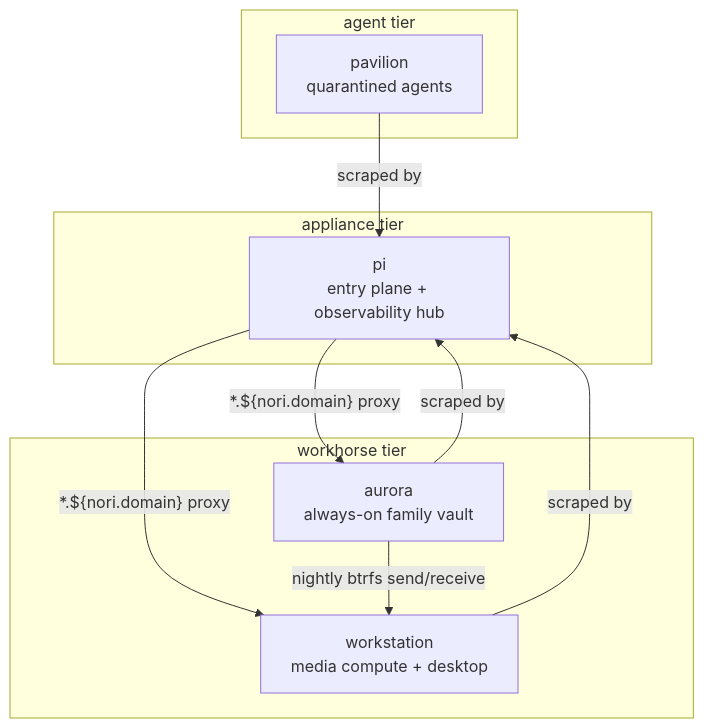
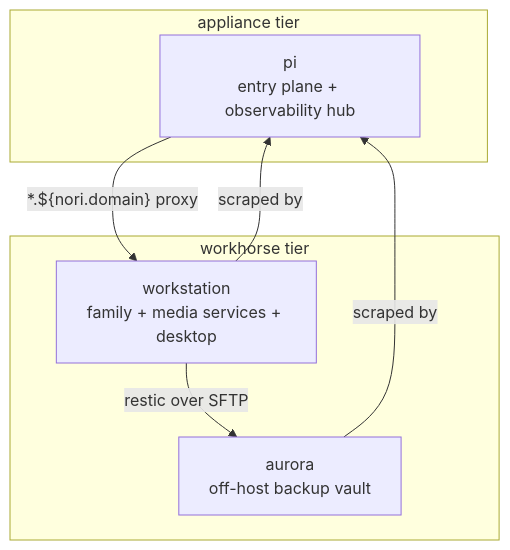
The diagram in docs/generated/topology.md (phibkro/homelab), drawn with Mermaid before and after one commit. The commit also changed other lines of this file and 42 other files, not shown here.

Commit message:
refactor(machines): complete aurora to workstation rename wave

````diff
--- a/docs/generated/topology.md
+++ b/docs/generated/topology.md
@@ -25,19 +25,14 @@
 ```mermaid
 graph TB
   subgraph "appliance tier"
     P[pi<br/>entry plane + observability hub]
   end
   subgraph "workhorse tier"
-    A[aurora<br/>always-on family vault]
-    W[workstation<br/>media compute + desktop]
+    A[aurora<br/>off-host backup vault]
+    W[workstation<br/>family + media services + desktop]
   end
-  subgraph "agent tier"
-    V[pavilion<br/>quarantined agents]
-  end
-  P -- "*.${nori.domain} proxy" --> A
   P -- "*.${nori.domain} proxy" --> W
-  A -- "nightly btrfs send/receive" --> W
+  W -- "restic over SFTP" --> A
   A -- "scraped by" --> P
   W -- "scraped by" --> P
-  V -- "scraped by" --> P
 ```
````
